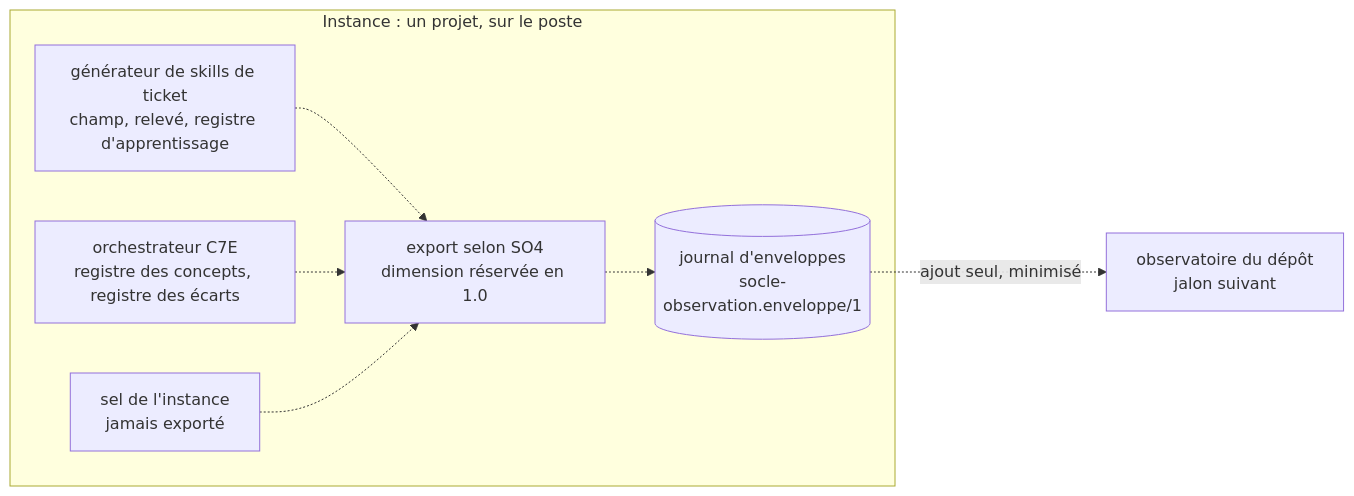
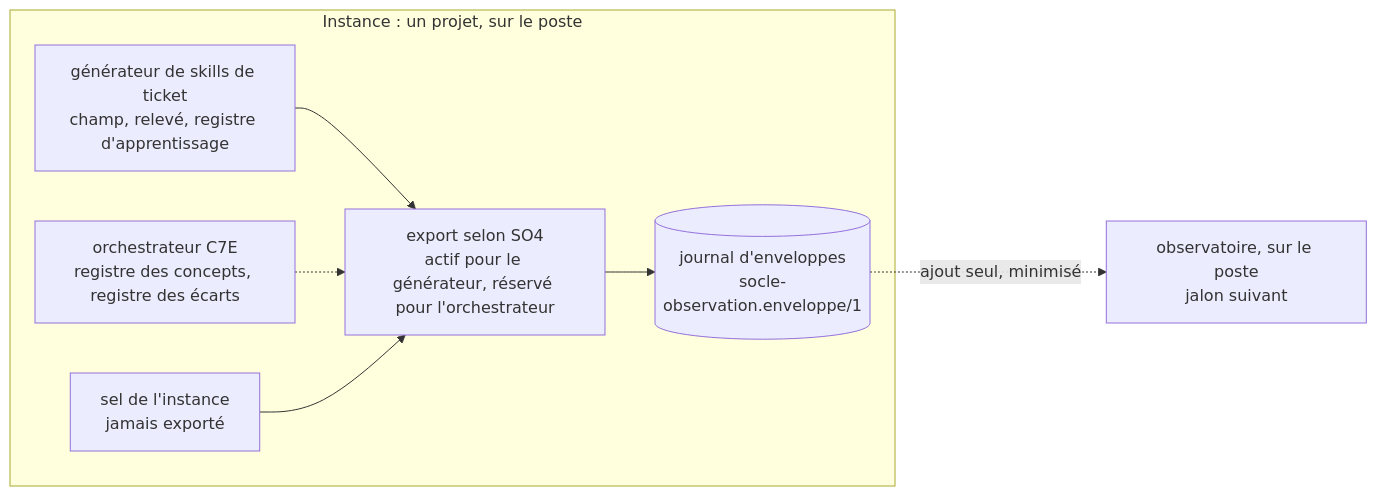
The diagram in specs/socle-observation/SKILL.md (FredGarcia/Agent2Prompt), drawn with Mermaid before and after one commit. The commit also changed other lines of this file and 29 other files, not shown here.

````diff
--- a/specs/socle-observation/SKILL.md
+++ b/specs/socle-observation/SKILL.md
@@ -17,16 +17,16 @@
 ```mermaid
 flowchart LR
   subgraph INSTANCE["Instance : un projet, sur le poste"]
     GEN["générateur de skills de ticket<br/>champ, relevé, registre d'apprentissage"]
     C7E["orchestrateur C7E<br/>registre des concepts, registre des écarts"]
     SEL["sel de l'instance<br/>jamais exporté"]
-    EXP["export selon SO4<br/>dimension réservée en 1.0"]
+    EXP["export selon SO4<br/>actif pour le générateur, réservé pour l'orchestrateur"]
     J[("journal d'enveloppes<br/>socle-observation.enveloppe/1")]
   end
-  OBS["observatoire du dépôt<br/>jalon suivant"]
-  GEN -.-> EXP
+  OBS["observatoire, sur le poste<br/>jalon suivant"]
+  GEN --> EXP
   C7E -.-> EXP
-  SEL -.-> EXP
-  EXP -.-> J
+  SEL --> EXP
+  EXP --> J
   J -.->|"ajout seul, minimisé"| OBS
 ```
````
